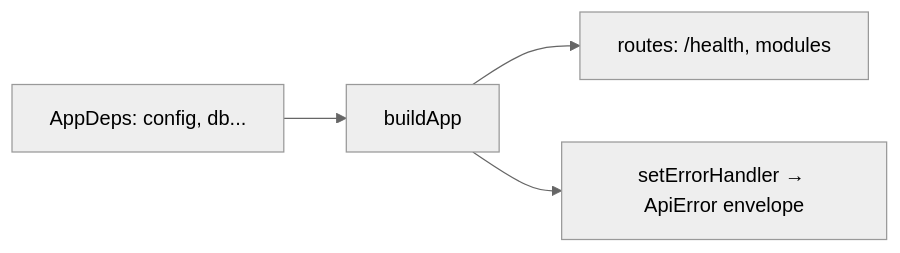
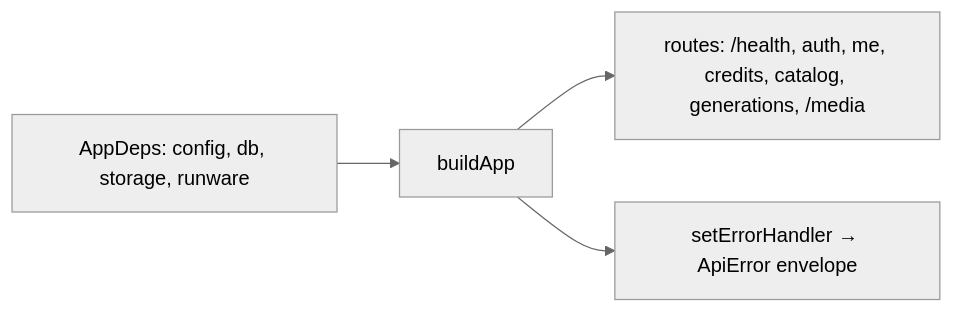
The diagram in apps/api/src/app.ts.md (AzamatRaimbekov2/openCreate), drawn with Mermaid (neutral theme) before and after one commit. The commit also changed other lines of this file and 8 other files, not shown here.

````diff
--- a/apps/api/src/app.ts.md
+++ b/apps/api/src/app.ts.md
@@ -19,5 +19,5 @@
 ```mermaid
 flowchart LR
-  DEPS[AppDeps: config, db...] --> B[buildApp] --> R[routes: /health, modules]
+  DEPS[AppDeps: config, db, storage, runware] --> B[buildApp] --> R[routes: /health, auth, me, credits, catalog, generations, /media]
   B --> EH[setErrorHandler → ApiError envelope]
 ```
````
